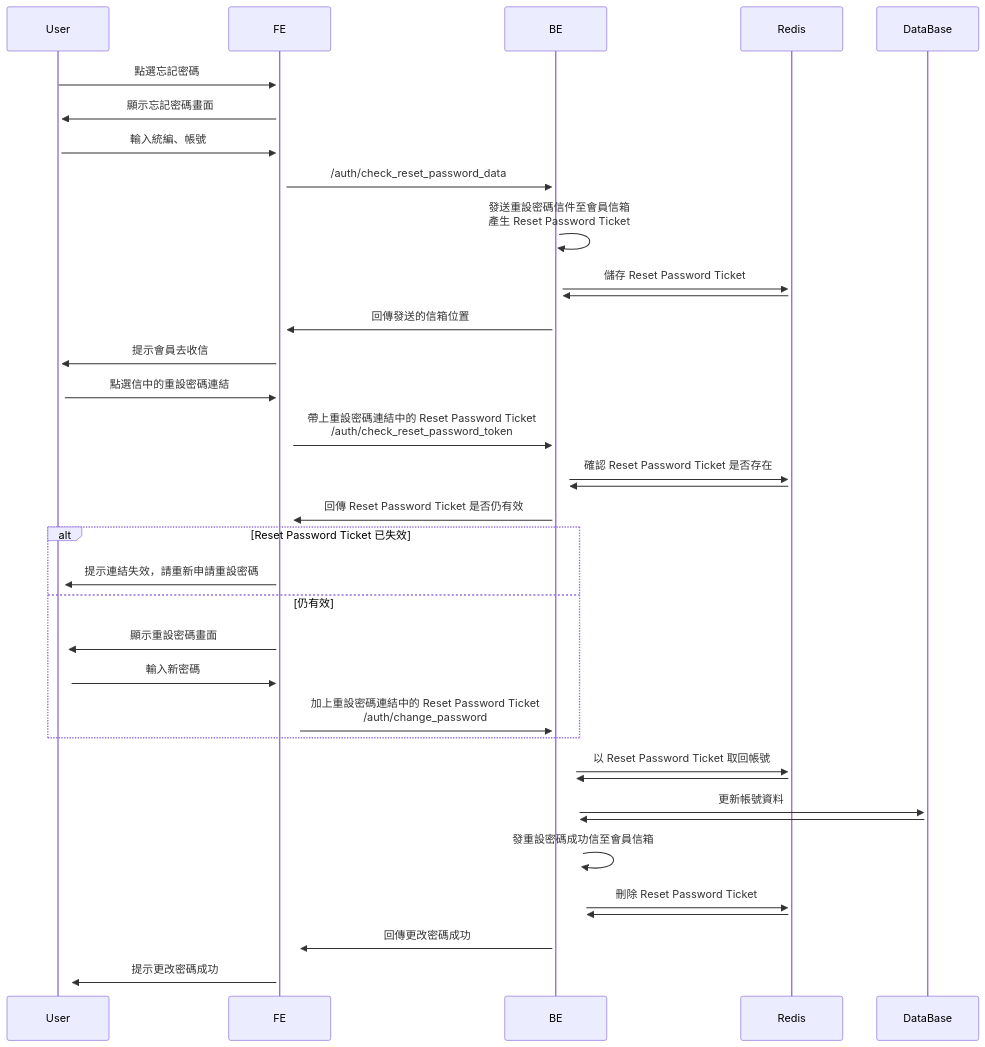
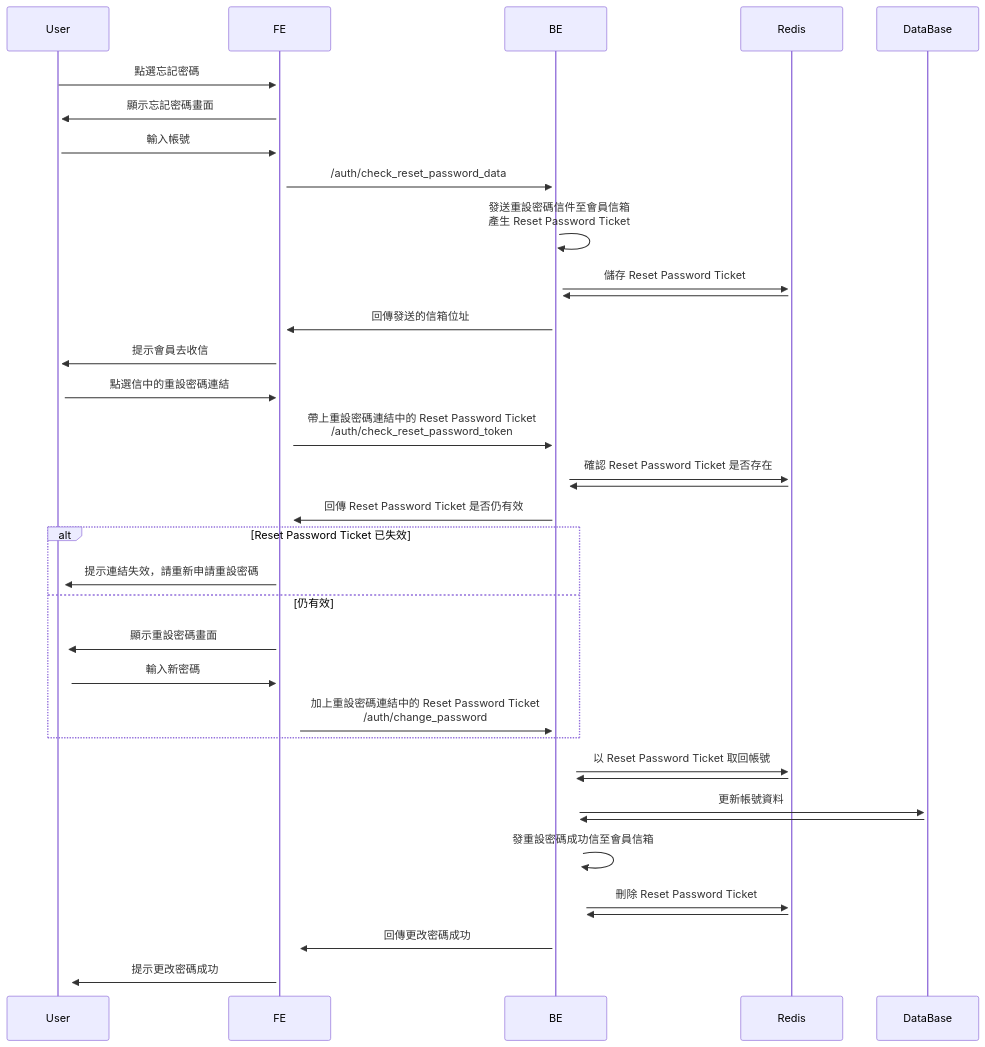
Before and after one commit to thunderstormwang/CodingNote: the first of 4 diagrams in System_Design/forget_password.md, drawn with Mermaid. The commit also changed other lines of this file and 1 other file, not shown here.

````diff
--- a/System_Design/forget_password.md
+++ b/System_Design/forget_password.md
@@ -7,42 +7,42 @@
 ```mermaid
 sequenceDiagram
 participant User
 participant FE
 participant BE
 participant Redis
 participant DataBase
 
 User ->>+ FE: 點選忘記密碼
 FE ->>+ User: 顯示忘記密碼畫面
-User ->>+ FE: 輸入統編、帳號
+User ->>+ FE: 輸入帳號
 FE ->>+ BE: /auth/check_reset_password_data
 BE ->>+ BE: 發送重設密碼信件至會員信箱<br/>產生 Reset Password Ticket
 BE ->>+ Redis: 儲存 Reset Password Ticket
 Redis ->>+ BE: 
-BE ->>+ FE: 回傳發送的信箱位置
+BE ->>+ FE: 回傳發送的信箱位址
 FE ->>+ User: 提示會員去收信
 
 User ->>+ FE: 點選信中的重設密碼連結
 FE ->>+ BE: 帶上重設密碼連結中的 Reset Password Ticket<br/>/auth/check_reset_password_token
 BE ->>+ Redis: 確認 Reset Password Ticket 是否存在
 Redis ->>+ BE: 
 BE ->>+ FE: 回傳 Reset Password Ticket 是否仍有效
 
 alt Reset Password Ticket 已失效
   FE ->>+ User: 提示連結失效，請重新申請重設密碼
 else 仍有效
   FE ->>+ User: 顯示重設密碼畫面
   User ->>+ FE: 輸入新密碼
   FE ->>+ BE: 加上重設密碼連結中的 Reset Password Ticket<br/>/auth/change_password
 end
 
 BE ->>+ Redis: 以 Reset Password Ticket 取回帳號
 Redis ->>+ BE: 
 BE ->>+ DataBase: 更新帳號資料
 DataBase ->>+ BE: 
 BE ->>+ BE: 發重設密碼成功信至會員信箱
 BE ->>+ Redis: 刪除 Reset Password Ticket
 Redis ->>+ BE: 
 BE ->>+ FE: 回傳更改密碼成功
 FE ->>+ User: 提示更改密碼成功
 ```
````
